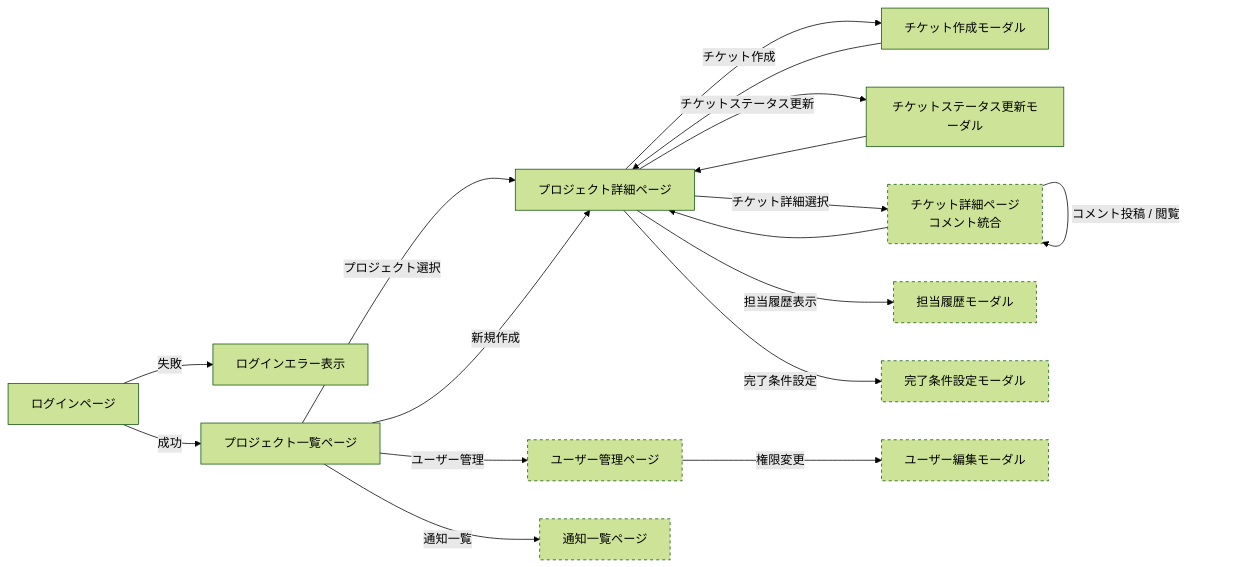
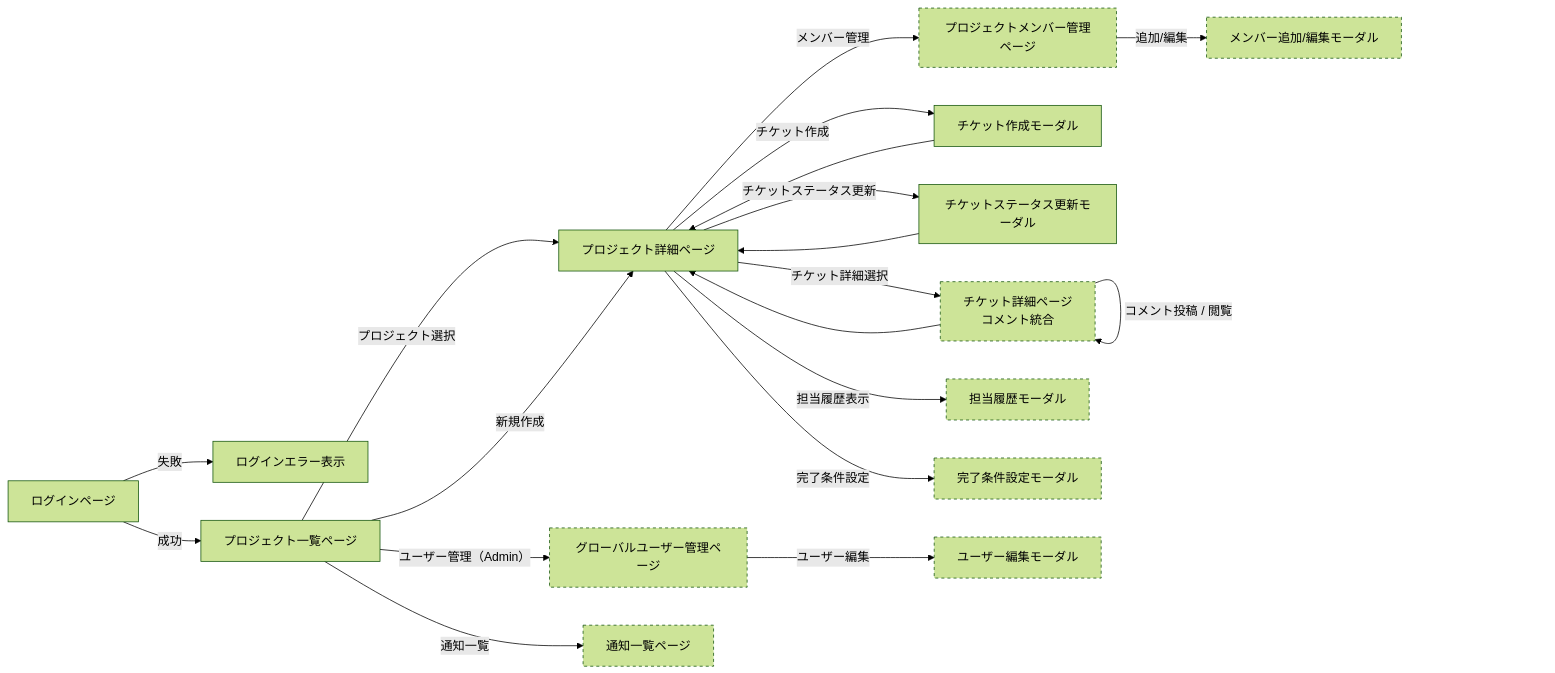
The diagram in 02.design/ui-design.md (kuairen-227/pm-app-docs), drawn with Mermaid (forest theme) before and after one commit. The commit also changed 7 other files, not shown here.

````diff
--- a/02.design/ui-design.md
+++ b/02.design/ui-design.md
@@ -5,51 +5,56 @@
 ```mermaid
 flowchart LR
     %% クラス定義
     classDef mvp stroke-dasharray: 0;
     classDef later stroke-dasharray: 4;
 
     %% 認証系
     Login[ログインページ]:::mvp
     LoginError[ログインエラー表示]:::mvp
 
     %% プロジェクト系
     Projects[プロジェクト一覧ページ]:::mvp
     ProjectDetail[プロジェクト詳細ページ]:::mvp
+    ProjectMembers[プロジェクトメンバー管理ページ]:::later
+    ProjectMemberEdit[メンバー追加/編集モーダル]:::later
 
     %% チケット系
     TicketModal[チケット作成モーダル]:::mvp
     TicketStatusUpdate[チケットステータス更新モーダル]:::mvp
     TicketDetail[チケット詳細ページ\nコメント統合]:::later
     AssignmentHistory[担当履歴モーダル]:::later
     CompletionCriteria[完了条件設定モーダル]:::later
 
     %% 管理系
-    Users[ユーザー管理ページ]:::later
+    Users[グローバルユーザー管理ページ]:::later
     UserEdit[ユーザー編集モーダル]:::later
     Notifications[通知一覧ページ]:::later
 
     %% 遷移
     Login -->|成功| Projects
     Login -->|失敗| LoginError
 
     Projects -->|プロジェクト選択| ProjectDetail
     Projects -->|新規作成| ProjectDetail
 
     ProjectDetail -->|チケット作成| TicketModal
     TicketModal --> ProjectDetail
 
     ProjectDetail -->|チケットステータス更新| TicketStatusUpdate
     TicketStatusUpdate --> ProjectDetail
 
     ProjectDetail -->|担当履歴表示| AssignmentHistory
     ProjectDetail -->|完了条件設定| CompletionCriteria
 
     ProjectDetail -->|チケット詳細選択| TicketDetail
     TicketDetail --> ProjectDetail
     TicketDetail -->|コメント投稿 / 閲覧| TicketDetail
 
-    Projects -->|ユーザー管理| Users
-    Users -->|権限変更| UserEdit
+    ProjectDetail -->|メンバー管理| ProjectMembers
+    ProjectMembers -->|追加/編集| ProjectMemberEdit
+
+    Projects -->|ユーザー管理（Admin）| Users
+    Users -->|ユーザー編集| UserEdit
 
     Projects -->|通知一覧| Notifications
 ```
````
